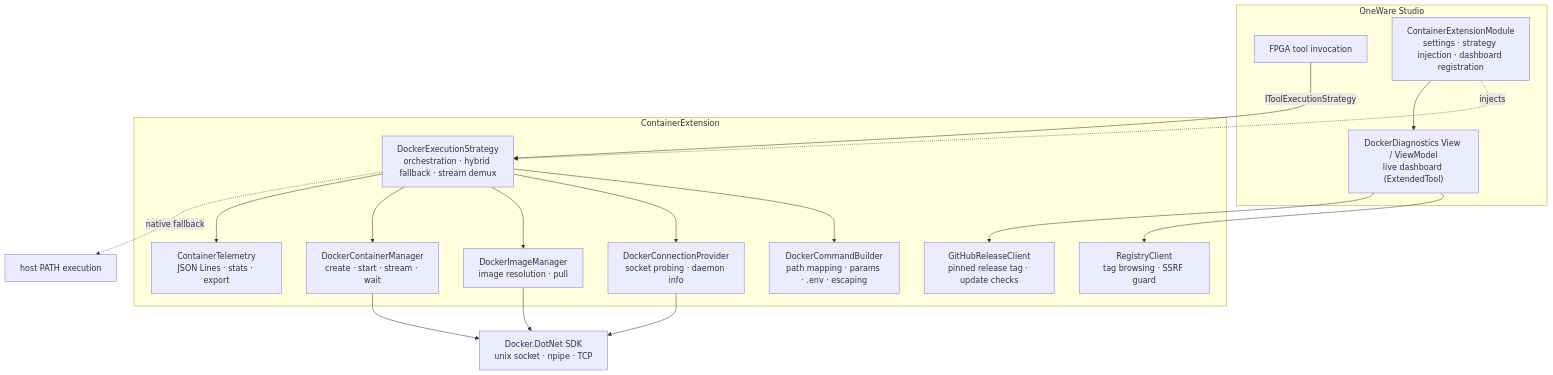
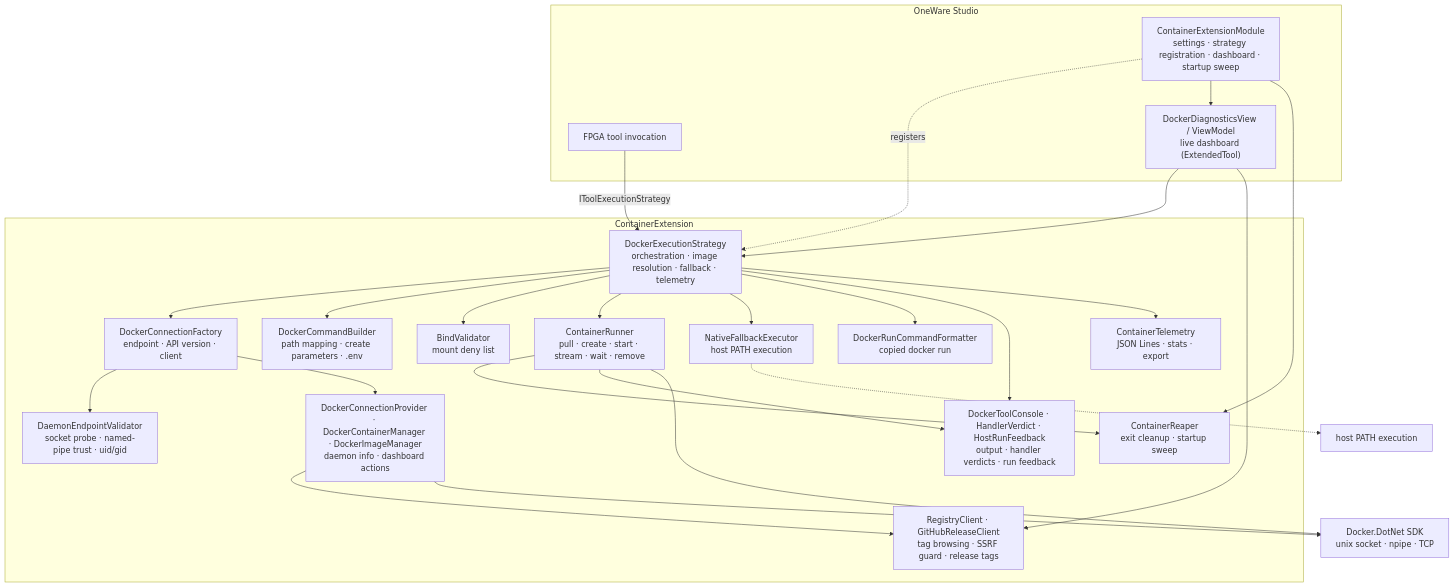
Before and after one commit to FEntwumS/FEntwumS.ContainerExtension: the diagram in docs/articles/architecture.md, drawn with Mermaid. The commit also changed other lines of this file, not shown here.

First line of the commit message:
docs: describe the architecture of 1.2

````diff
--- a/docs/articles/architecture.md
+++ b/docs/articles/architecture.md
@@ -7,36 +7,49 @@
 ```mermaid
 graph TD
     subgraph IDE["OneWare Studio"]
         OW["FPGA tool invocation"]
-        MOD["ContainerExtensionModule<br/>settings · strategy injection · dashboard registration"]
-        DASH["DockerDiagnostics View / ViewModel<br/>live dashboard (ExtendedTool)"]
+        MOD["ContainerExtensionModule<br/>settings · strategy registration · dashboard · startup sweep"]
+        DASH["DockerDiagnosticsView / ViewModel<br/>live dashboard (ExtendedTool)"]
     end
 
     OW -->|IToolExecutionStrategy| DES
-    MOD -. injects .-> DES
+    MOD -. registers .-> DES
     MOD --> DASH
+    DASH --> DES
 
     subgraph EXT["ContainerExtension"]
-        DES["DockerExecutionStrategy<br/>orchestration · hybrid fallback · stream demux"]
-        CMD["DockerCommandBuilder<br/>path mapping · params · .env · escaping"]
-        CONN["DockerConnectionProvider<br/>socket probing · daemon info"]
-        IMG["DockerImageManager<br/>image resolution · pull"]
-        CON["DockerContainerManager<br/>create · start · stream · wait"]
+        DES["DockerExecutionStrategy<br/>orchestration · image resolution · fallback · telemetry"]
+        FAC["DockerConnectionFactory<br/>endpoint · API version · client"]
+        DEV["DaemonEndpointValidator<br/>socket probe · named-pipe trust · uid/gid"]
+        MGR["DockerConnectionProvider · DockerContainerManager · DockerImageManager<br/>daemon info · dashboard actions"]
+        CMD["DockerCommandBuilder<br/>path mapping · create parameters · .env"]
+        BIND["BindValidator<br/>mount deny list"]
+        RUN["ContainerRunner<br/>pull · create · start · stream · wait · remove"]
+        REAP["ContainerReaper<br/>exit cleanup · startup sweep"]
+        CONS["DockerToolConsole · HandlerVerdict · HostRunFeedback<br/>output · handler verdicts · run feedback"]
+        NAT["NativeFallbackExecutor<br/>host PATH execution"]
+        FMT["DockerRunCommandFormatter<br/>copied docker run"]
         TEL["ContainerTelemetry<br/>JSON Lines · stats · export"]
-        REG["RegistryClient<br/>tag browsing · SSRF guard"]
-        REL["GitHubReleaseClient<br/>pinned release tag · update checks"]
+        REG["RegistryClient · GitHubReleaseClient<br/>tag browsing · SSRF guard · release tags"]
     end
 
+    DES --> FAC
+    FAC --> DEV
+    FAC --> MGR
     DES --> CMD
-    DES --> CONN
-    DES --> IMG
-    DES --> CON
+    DES --> BIND
+    DES --> RUN
+    DES --> NAT
+    DES --> FMT
+    DES --> CONS
     DES --> TEL
+    RUN --> REAP
+    RUN --> CONS
+    MOD --> REAP
     DASH --> REG
-    DASH --> REL
+    MGR --> REG
 
-    CONN --> SDK["Docker.DotNet SDK<br/>unix socket · npipe · TCP"]
-    IMG --> SDK
-    CON --> SDK
-    DES -. native fallback .-> HOST["host PATH execution"]
+    RUN --> SDK["Docker.DotNet SDK<br/>unix socket · npipe · TCP"]
+    MGR --> SDK
+    NAT -.-> HOST["host PATH execution"]
 ```
````
